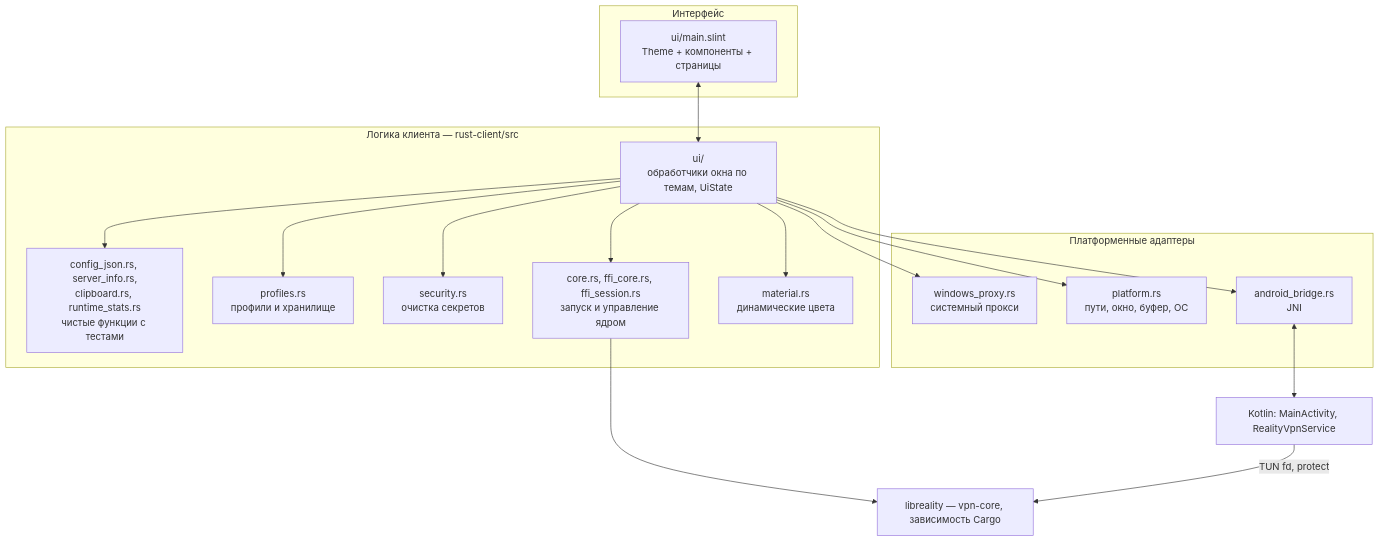
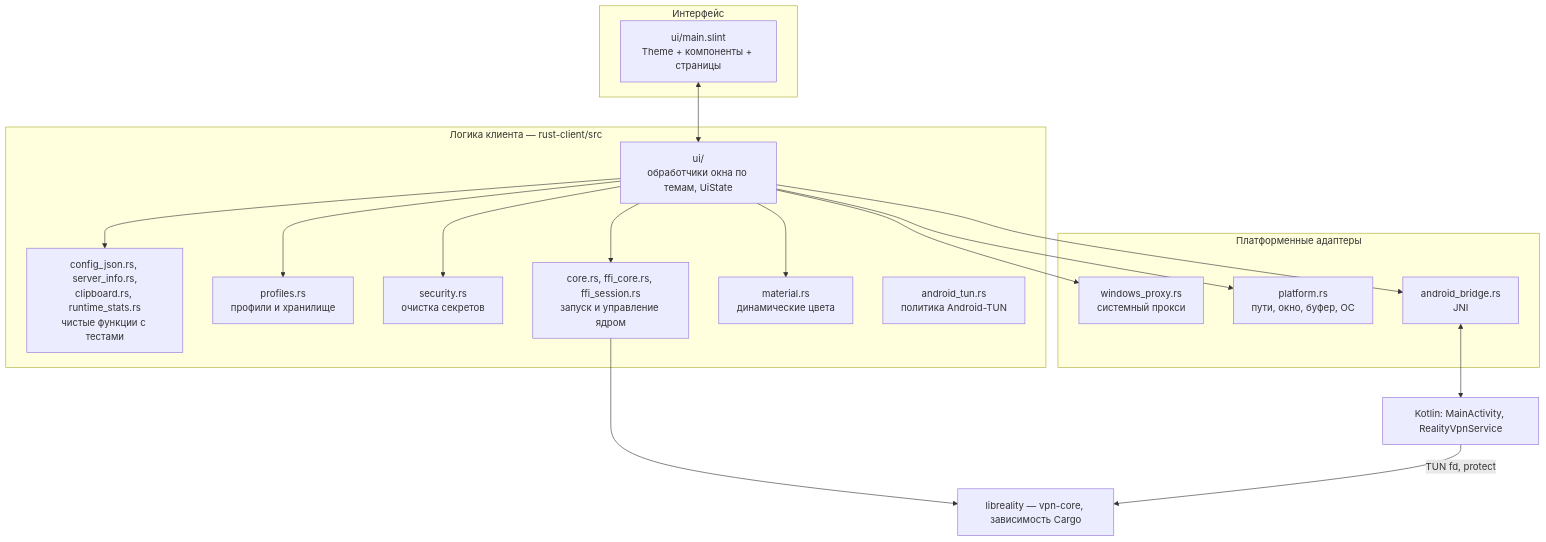
One commit to ERGFT/reality-client changed the first of 2 diagrams in docs/ARCHITECTURE.md. Above: the diagram before and after it, drawn with Mermaid. The commit also changed other lines of this file and 18 other files, not shown here.

First line of the commit message:
android: TUN policy moves from Kotlin to Rust (stage 7)

````diff
--- a/docs/ARCHITECTURE.md
+++ b/docs/ARCHITECTURE.md
@@ -22,28 +22,29 @@
 ```mermaid
 flowchart TB
   subgraph UI[Интерфейс]
     S[ui/main.slint<br/>Theme + компоненты + страницы]
   end
   subgraph APP[Логика клиента — rust-client/src]
     UIM[ui/<br/>обработчики окна по темам, UiState]
     PURE[config_json.rs, server_info.rs,<br/>clipboard.rs, runtime_stats.rs<br/>чистые функции с тестами]
     PR[profiles.rs<br/>профили и хранилище]
     SEC[security.rs<br/>очистка секретов]
     CORE[core.rs, ffi_core.rs, ffi_session.rs<br/>запуск и управление ядром]
     MAT[material.rs<br/>динамические цвета]
+    TUNP[android_tun.rs<br/>политика Android-TUN]
   end
   subgraph PLAT[Платформенные адаптеры]
     WP[windows_proxy.rs<br/>системный прокси]
     PF[platform.rs<br/>пути, окно, буфер, ОС]
     AB[android_bridge.rs<br/>JNI]
   end
   K[Kotlin: MainActivity, RealityVpnService]
   LR[libreality — vpn-core, зависимость Cargo]
 
   S <--> UIM
   UIM --> PURE & PR & SEC & CORE & MAT
   UIM --> WP & PF & AB
   CORE --> LR
   AB <--> K
   K -- TUN fd, protect --> LR
 ```
````
